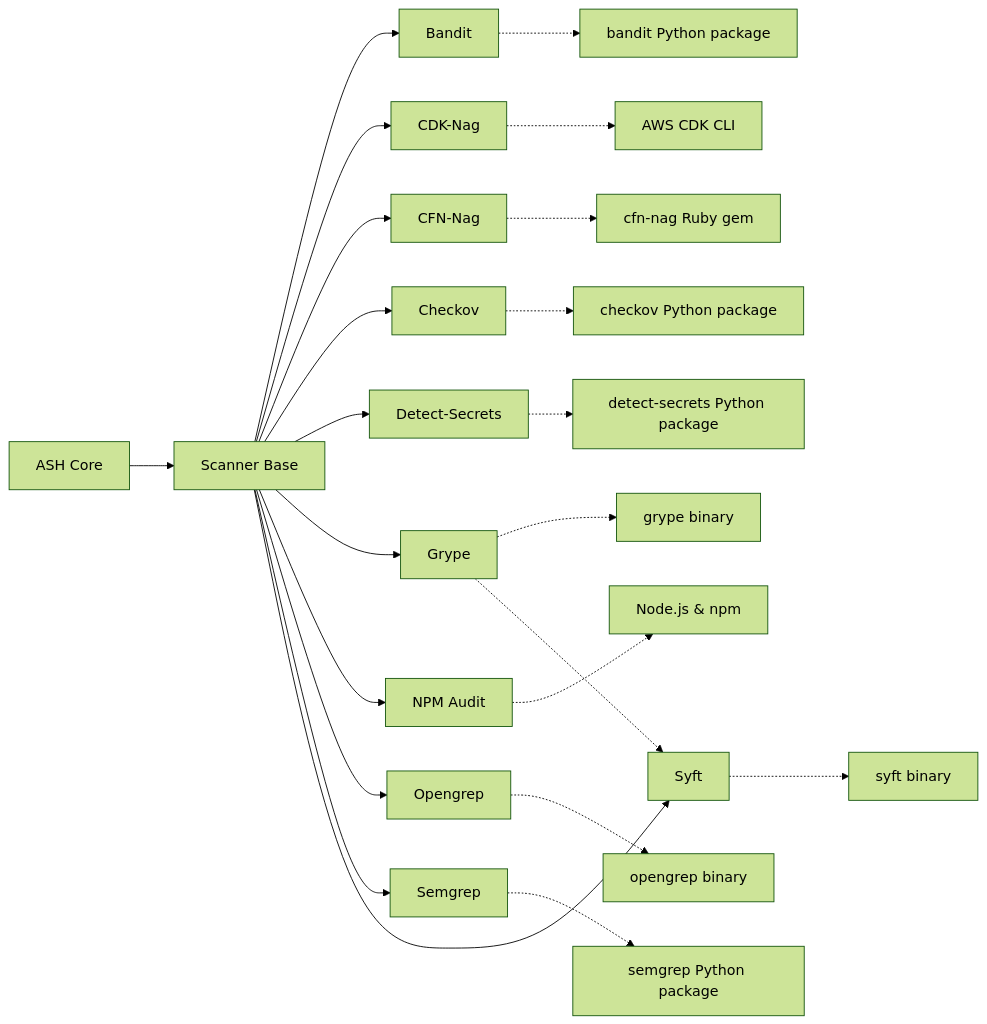
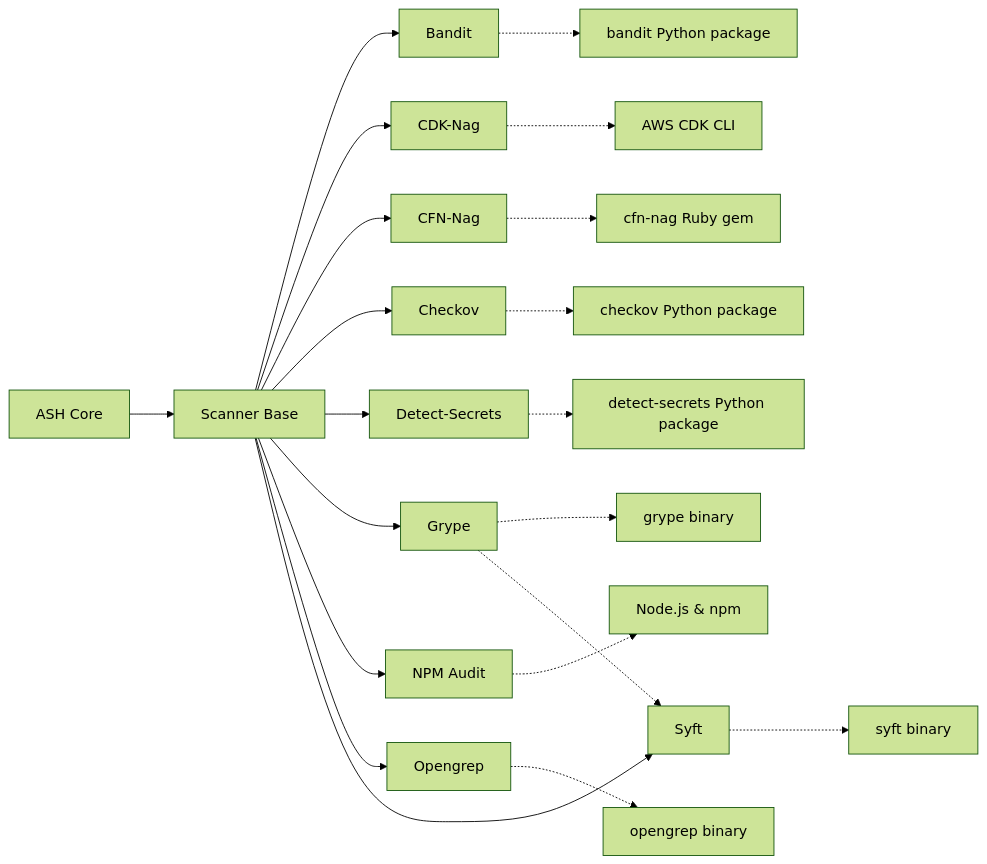
Before and after one commit to awslabs/automated-security-helper: the third of 9 diagrams in docs/content/docs/plugins/builtin/scanners-diagrams.md, drawn with Mermaid (forest theme). The commit also changed other lines of this file and 74 other files, not shown here.

````diff
--- a/docs/content/docs/plugins/builtin/scanners-diagrams.md
+++ b/docs/content/docs/plugins/builtin/scanners-diagrams.md
@@ -88,28 +86,26 @@
 ```mermaid
 flowchart LR
     A[ASH Core] --> B[Scanner Base]
 
     B --> C[Bandit]
     B --> D[CDK-Nag]
     B --> E[CFN-Nag]
     B --> F[Checkov]
     B --> G[Detect-Secrets]
     B --> H[Grype]
     B --> I[NPM Audit]
     B --> J[Opengrep]
-    B --> K[Semgrep]
     B --> L[Syft]
 
     C -.-> M[bandit Python package]
     D -.-> N[AWS CDK CLI]
     E -.-> O[cfn-nag Ruby gem]
     F -.-> P[checkov Python package]
     G -.-> Q[detect-secrets Python package]
     H -.-> R[grype binary]
     I -.-> S[Node.js & npm]
     J -.-> T[opengrep binary]
-    K -.-> U[semgrep Python package]
     L -.-> V[syft binary]
 
     H -.-> L
 ```
````
